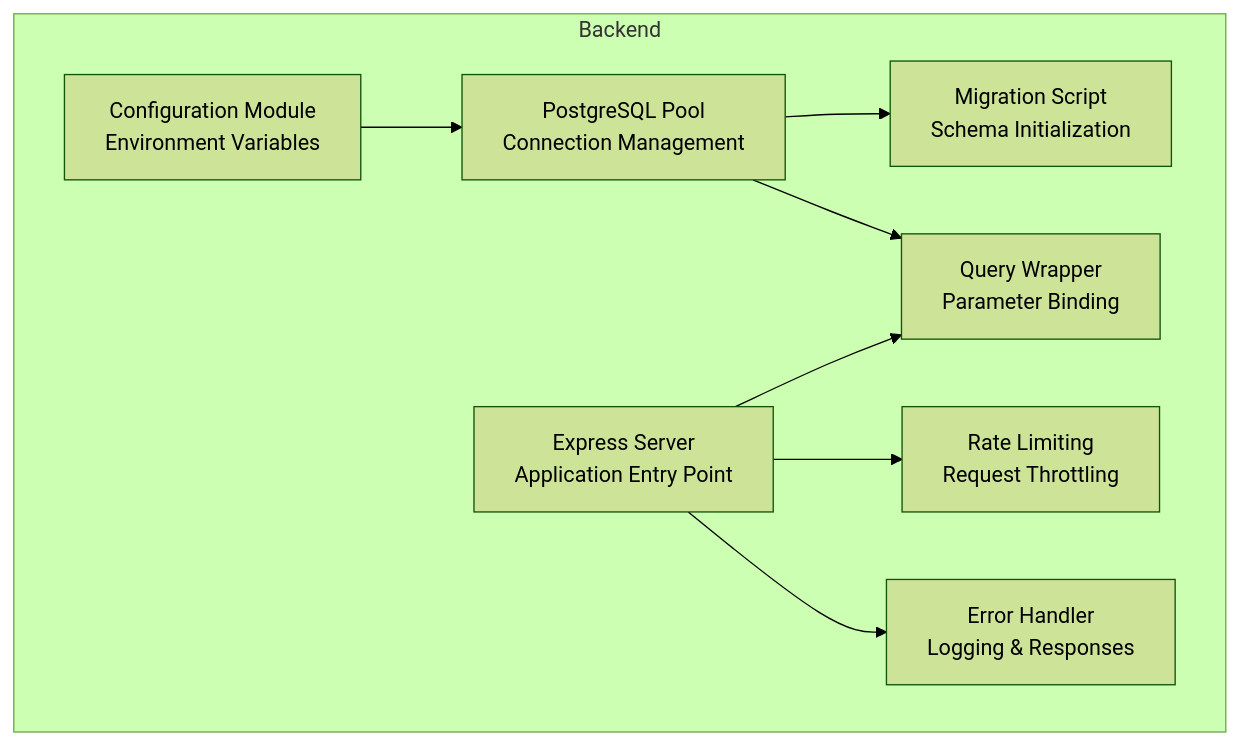
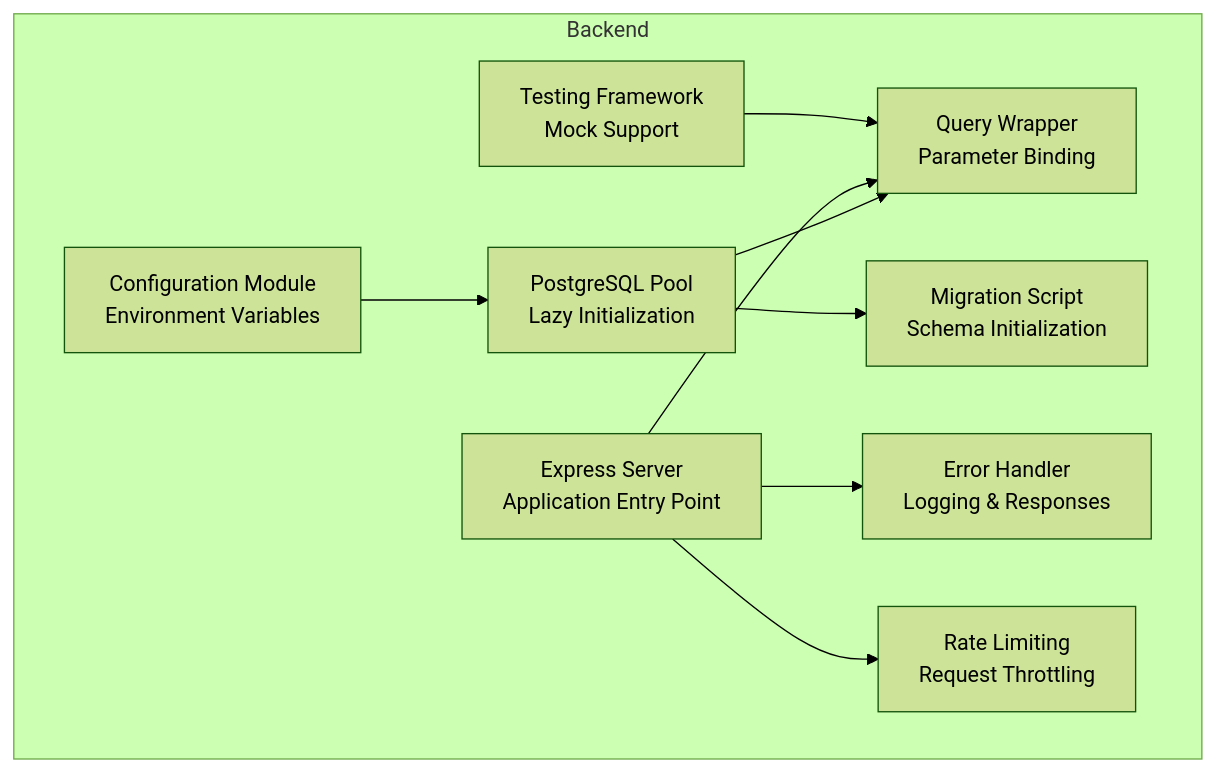
Before and after one commit to RunTimeAdmin/AgentID: the first of 7 diagrams in .qoder/repowiki/en/content/Database Design/Connection Management.md, drawn with Mermaid (forest theme). The commit also changed other lines of this file and 8 other files, not shown here.

````diff
--- a/.qoder/repowiki/en/content/Database Design/Connection Management.md
+++ b/.qoder/repowiki/en/content/Database Design/Connection Management.md
@@ -39,18 +52,20 @@
 ```mermaid
 graph TB
 subgraph "Backend"
 Config["Configuration Module<br/>Environment Variables"]
-Pool["PostgreSQL Pool<br/>Connection Management"]
+Pool["PostgreSQL Pool<br/>Lazy Initialization"]
 Queries["Query Wrapper<br/>Parameter Binding"]
 Migrate["Migration Script<br/>Schema Initialization"]
 ErrorHandler["Error Handler<br/>Logging & Responses"]
 RateLimit["Rate Limiting<br/>Request Throttling"]
 Server["Express Server<br/>Application Entry Point"]
+Tests["Testing Framework<br/>Mock Support"]
 end
 Config --> Pool
 Pool --> Queries
 Pool --> Migrate
 Server --> ErrorHandler
 Server --> RateLimit
 Server --> Queries
+Tests --> Queries
 ```
````
